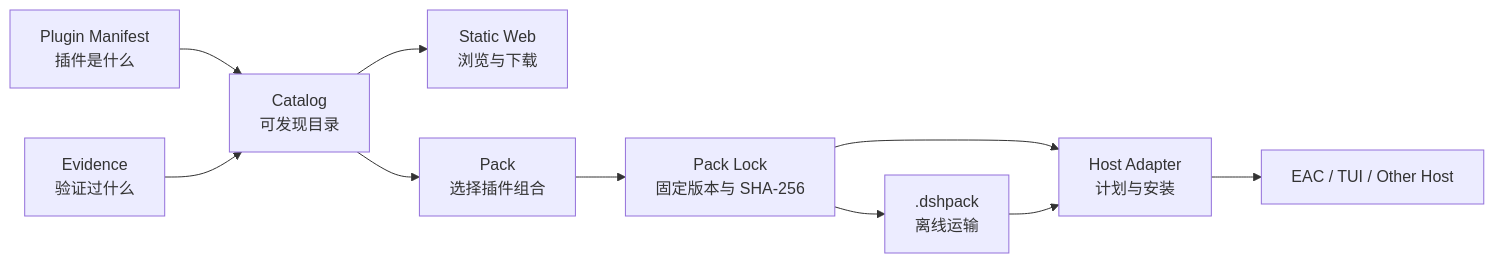
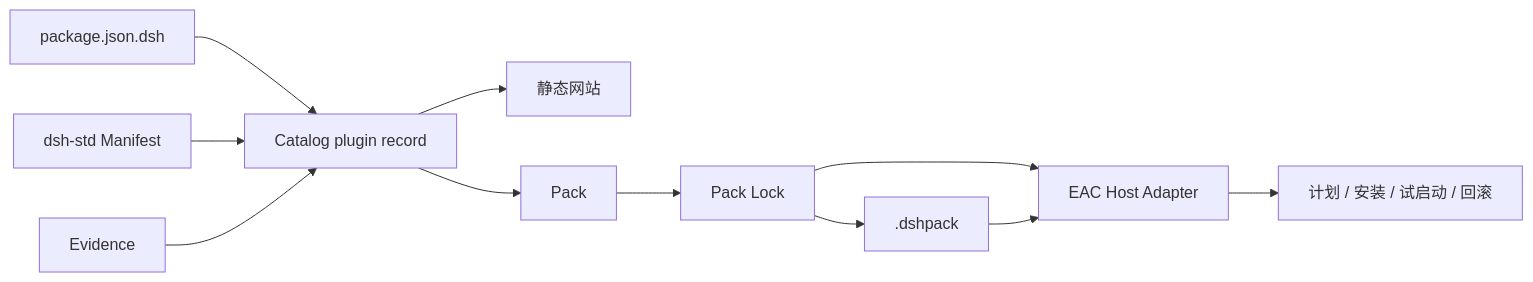
Before and after one commit to lanyun077/dsh-mojobox: the diagram in README.md, drawn with Mermaid. The commit also changed other lines of this file and 29 other files, not shown here.

````diff
--- a/README.md
+++ b/README.md
@@ -13,12 +43,13 @@
 ```mermaid
 flowchart LR
-  A[Plugin Manifest<br/>插件是什么] --> C[Catalog<br/>可发现目录]
-  B[Evidence<br/>验证过什么] --> C
-  C --> W[Static Web<br/>浏览与下载]
-  C --> P[Pack<br/>选择插件组合]
-  P --> L[Pack Lock<br/>固定版本与 SHA-256]
-  L --> O[.dshpack<br/>离线运输]
-  L --> H[Host Adapter<br/>计划与安装]
-  O --> H
-  H --> E[EAC / TUI / Other Host]
+  A[package.json.dsh] --> C[Catalog plugin record]
+  B[dsh-std Manifest] --> C
+  E[Evidence] --> C
+  C --> W[静态网站]
+  C --> P[Pack]
+  P --> L[Pack Lock]
+  L --> Z[.dshpack]
+  L --> H[EAC Host Adapter]
+  Z --> H
+  H --> T[计划 / 安装 / 试启动 / 回滚]
 ```
````
